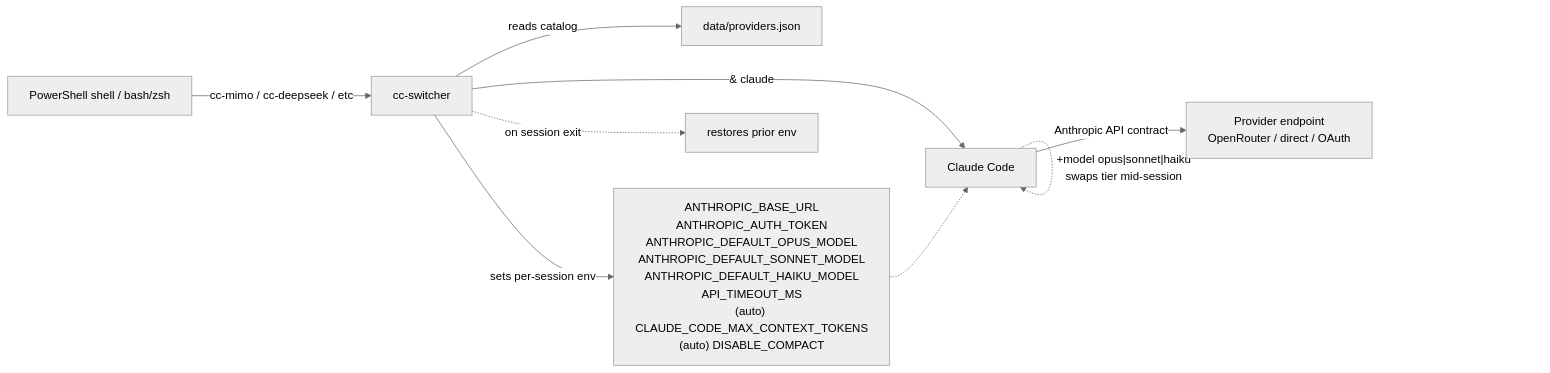
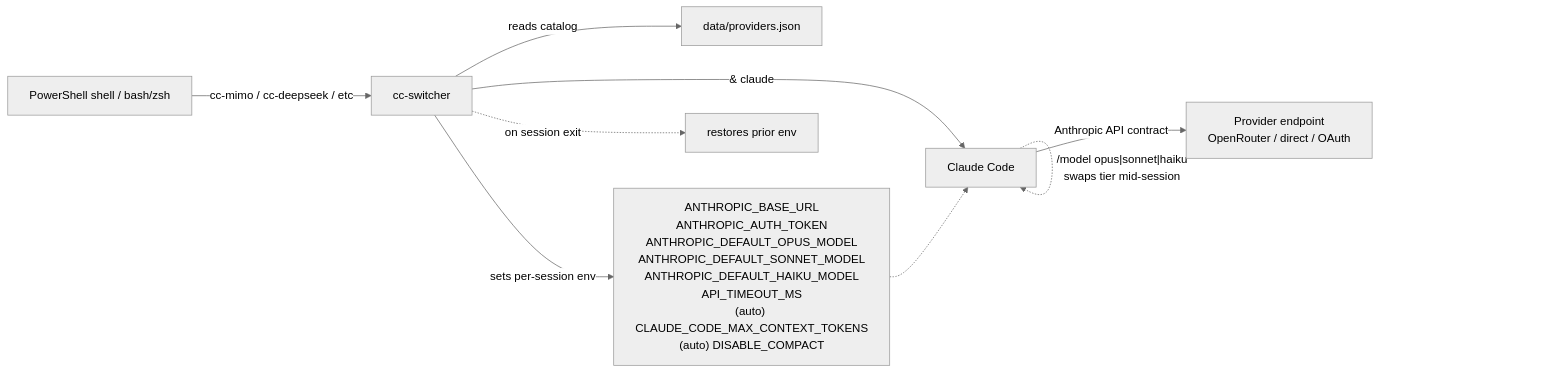
The diagram in README.md (jimstratus/cc-switcher), drawn with Mermaid (neutral theme) before and after one commit. The commit also changed 10 other files, not shown here.

````diff
--- a/README.md
+++ b/README.md
@@ -32,11 +32,11 @@
 ```mermaid
 flowchart LR
     shell["PowerShell shell / bash/zsh"] -->|"cc-mimo / cc-deepseek / etc"| sw["cc-switcher"]
     sw -->|"reads catalog"| cat["data/providers.json"]
     sw -->|"sets per-session env"| env["ANTHROPIC_BASE_URL<br/>ANTHROPIC_AUTH_TOKEN<br/>ANTHROPIC_DEFAULT_OPUS_MODEL<br/>ANTHROPIC_DEFAULT_SONNET_MODEL<br/>ANTHROPIC_DEFAULT_HAIKU_MODEL<br/>API_TIMEOUT_MS<br/>(auto) CLAUDE_CODE_MAX_CONTEXT_TOKENS<br/>(auto) DISABLE_COMPACT"]
     sw -->|"& claude"| cc["Claude Code"]
     env -.-> cc
     cc -->|"Anthropic API contract"| ep["Provider endpoint<br/>OpenRouter / direct / OAuth"]
-    cc -.->|"+model opus|sonnet|haiku<br/>swaps tier mid-session"| cc
+    cc -.->|"/model opus|sonnet|haiku<br/>swaps tier mid-session"| cc
     sw -.->|"on session exit"| restore["restores prior env"]
 ```
````
